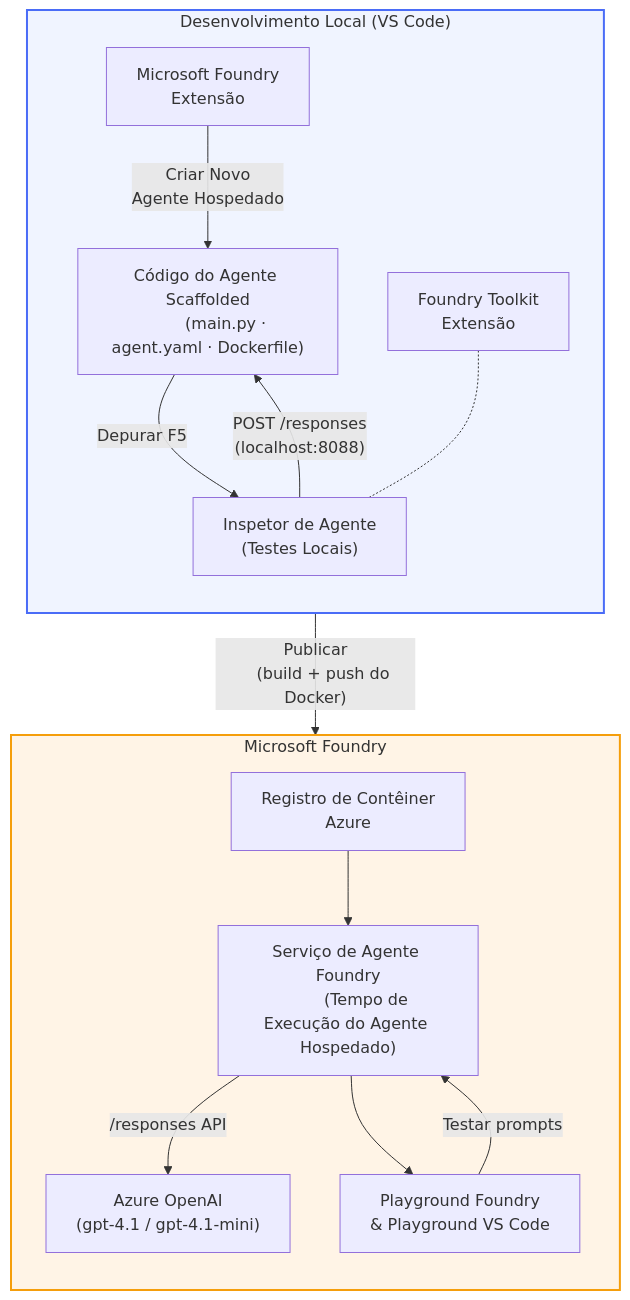
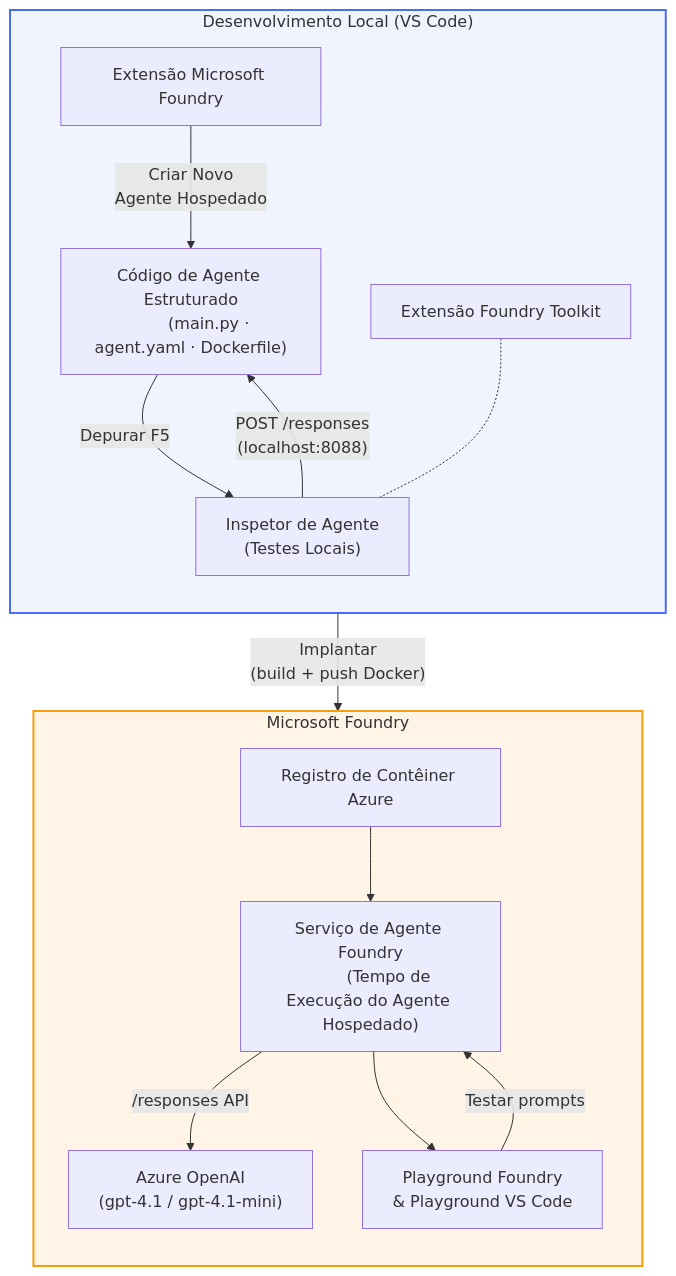
The diagram in translations/pt-BR/README.md (microsoft-foundry/Foundry_Toolkit_for_VSCode_Lab), drawn with Mermaid before and after one commit. The commit also changed other lines of this file and 110 other files, not shown here.

````diff
--- a/translations/pt-BR/README.md
+++ b/translations/pt-BR/README.md
@@ -48,42 +52,39 @@
 ```mermaid
 flowchart TB
     subgraph Local["Desenvolvimento Local (VS Code)"]
         direction TB
-        FE["Microsoft Foundry
-        Extensão"]
-        FoundryToolkit["Foundry Toolkit
-        Extensão"]
-        Scaffold["Código do Agente Scaffolded
+        FE["Extensão Microsoft Foundry"]
+        FoundryToolkit["Extensão Foundry Toolkit"]
+        Scaffold["Código de Agente Estruturado
         (main.py · agent.yaml · Dockerfile)"]
         Inspector["Inspetor de Agente
         (Testes Locais)"]
         FE -- "Criar Novo
         Agente Hospedado" --> Scaffold
         Scaffold -- "Depurar F5" --> Inspector
         FoundryToolkit -.- Inspector
     end
 
     subgraph Cloud["Microsoft Foundry"]
         direction TB
-        ACR["Registro de Contêiner
-        Azure"]
+        ACR["Registro de Contêiner Azure"]
         AgentService["Serviço de Agente Foundry
         (Tempo de Execução do Agente Hospedado)"]
         Model["Azure OpenAI
         (gpt-4.1 / gpt-4.1-mini)"]
         Playground["Playground Foundry
         & Playground VS Code"]
         ACR --> AgentService
         AgentService -- "/responses API" --> Model
         AgentService --> Playground
     end
 
-    Scaffold -- "Publicar
-    (build + push do Docker)" --> ACR
+    Scaffold -- "Implantar
+    (build + push Docker)" --> ACR
     Inspector -- "POST /responses
     (localhost:8088)" --> Scaffold
     Playground -- "Testar prompts" --> AgentService
 
     style Local fill:#f0f4ff,stroke:#4a6cf7,stroke-width:2px
     style Cloud fill:#fff4e6,stroke:#f59e0b,stroke-width:2px
 ```
````
